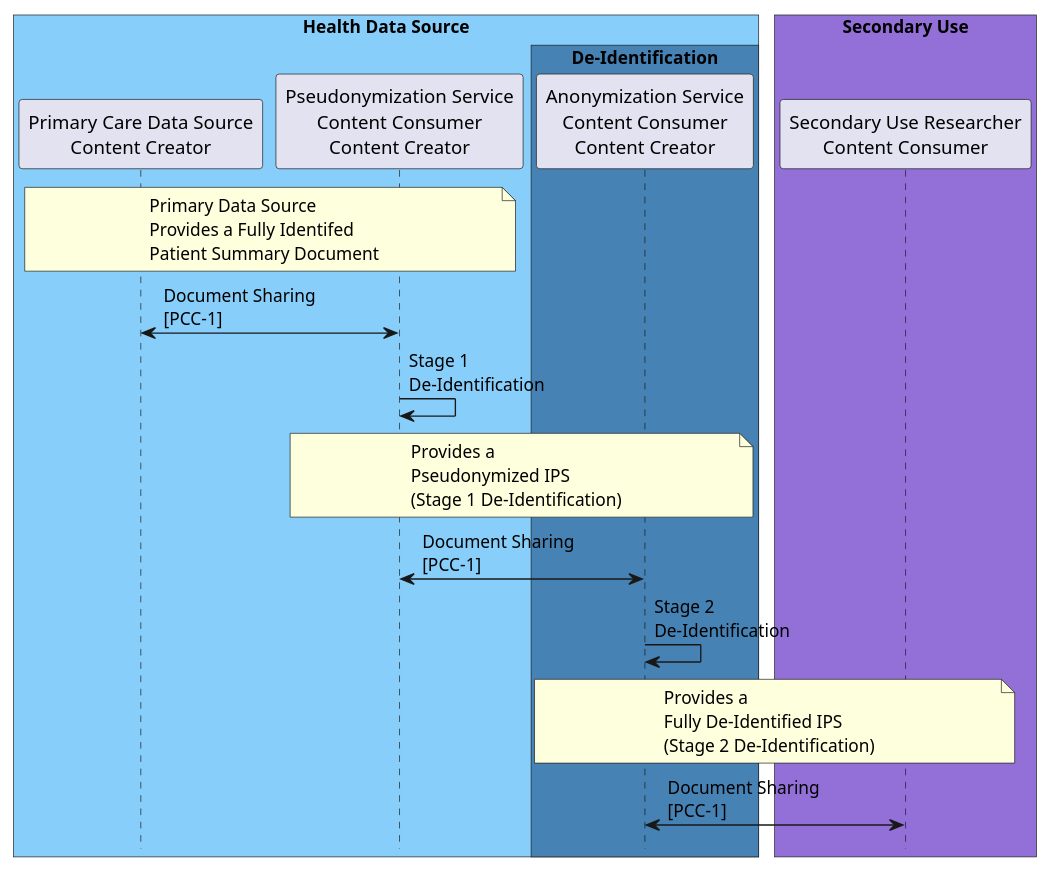
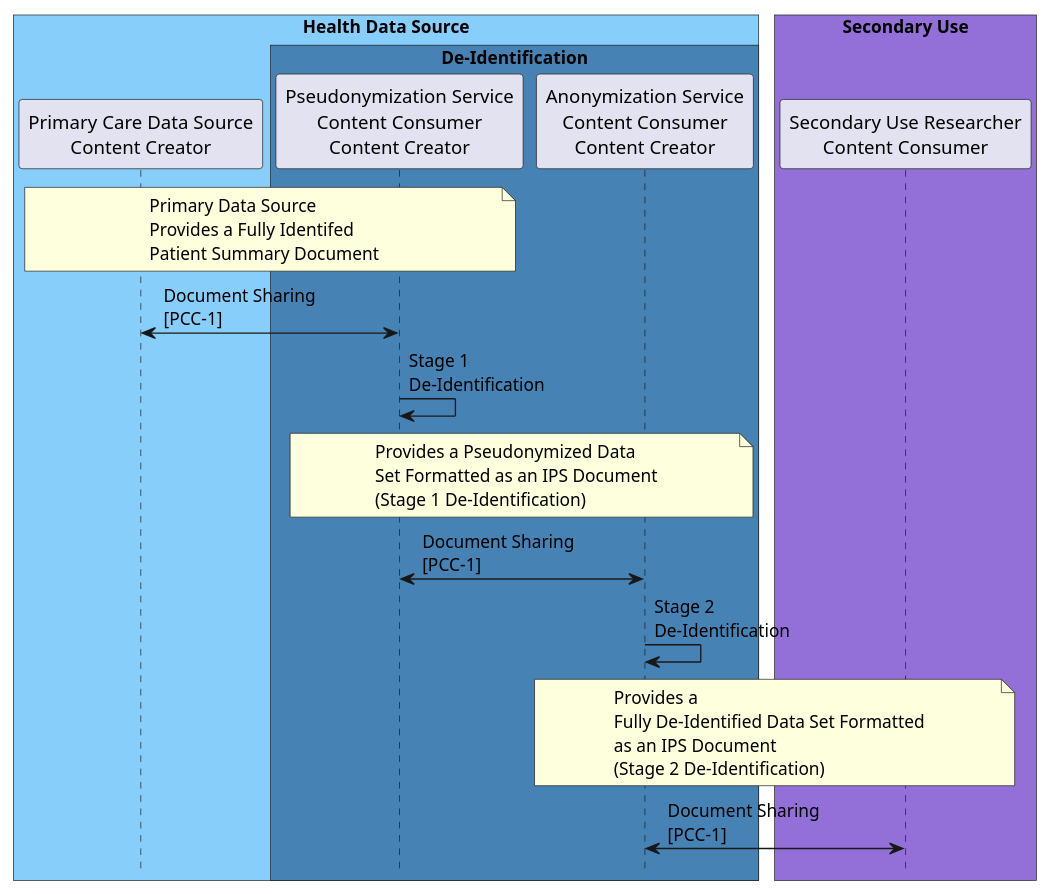
Before and after one commit to IHE/PCC.FIIO: the diagram in input/images-source/ips-usecase6-processflow.plantuml, drawn with PlantUML. The commit also changed 7 other files, not shown here.

```diff
--- a/input/images-source/ips-usecase6-processflow.plantuml
+++ b/input/images-source/ips-usecase6-processflow.plantuml
@@ -1,28 +1,30 @@
 @startuml
 skinparam svgDimensionStyle false
 hide footbox
 
 !pragma teoz true 
 box "Health Data Source" #LightSkyBlue
-participant "Primary Care Data Source\nContent Creator" as pcds 
+participant "Primary Care Data Source\nContent Creator" as pcds
+
+box "De-Identification" #SteelBlue
 participant "Pseudonymization Service\nContent Consumer\nContent Creator" as pns
 
-box "De-Identification" #SteelBlue
 note over pcds, pns: Primary Data Source\nProvides a Fully Identifed\nPatient Summary Document 
 pcds <-> pns: Document Sharing\n[PCC-1]
 pns -> pns : Stage 1\nDe-Identification
 
 participant "Anonymization Service\nContent Consumer\nContent Creator" as ans
-note over pns, ans: Provides a\nPseudonymized IPS\n(Stage 1 De-Identification)
+note over pns, ans: Provides a Pseudonymized Data\nSet Formatted as an IPS Document\n(Stage 1 De-Identification)
 pns <-> ans: Document Sharing\n[PCC-1]
 ans -> ans : Stage 2\nDe-Identification
 end box
 end box 
 
 box "Secondary Use" #MediumPurple
 participant "Secondary Use Researcher\nContent Consumer" as sur 
 
-note over ans, sur: Provides a\nFully De-Identified IPS\n(Stage 2 De-Identification)
+note over ans, sur: Provides a\nFully De-Identified Data Set Formatted\nas an IPS Document\n(Stage 2 De-Identification)
 ans <-> sur: Document Sharing\n[PCC-1]
 end box
+
 @enduml
```
